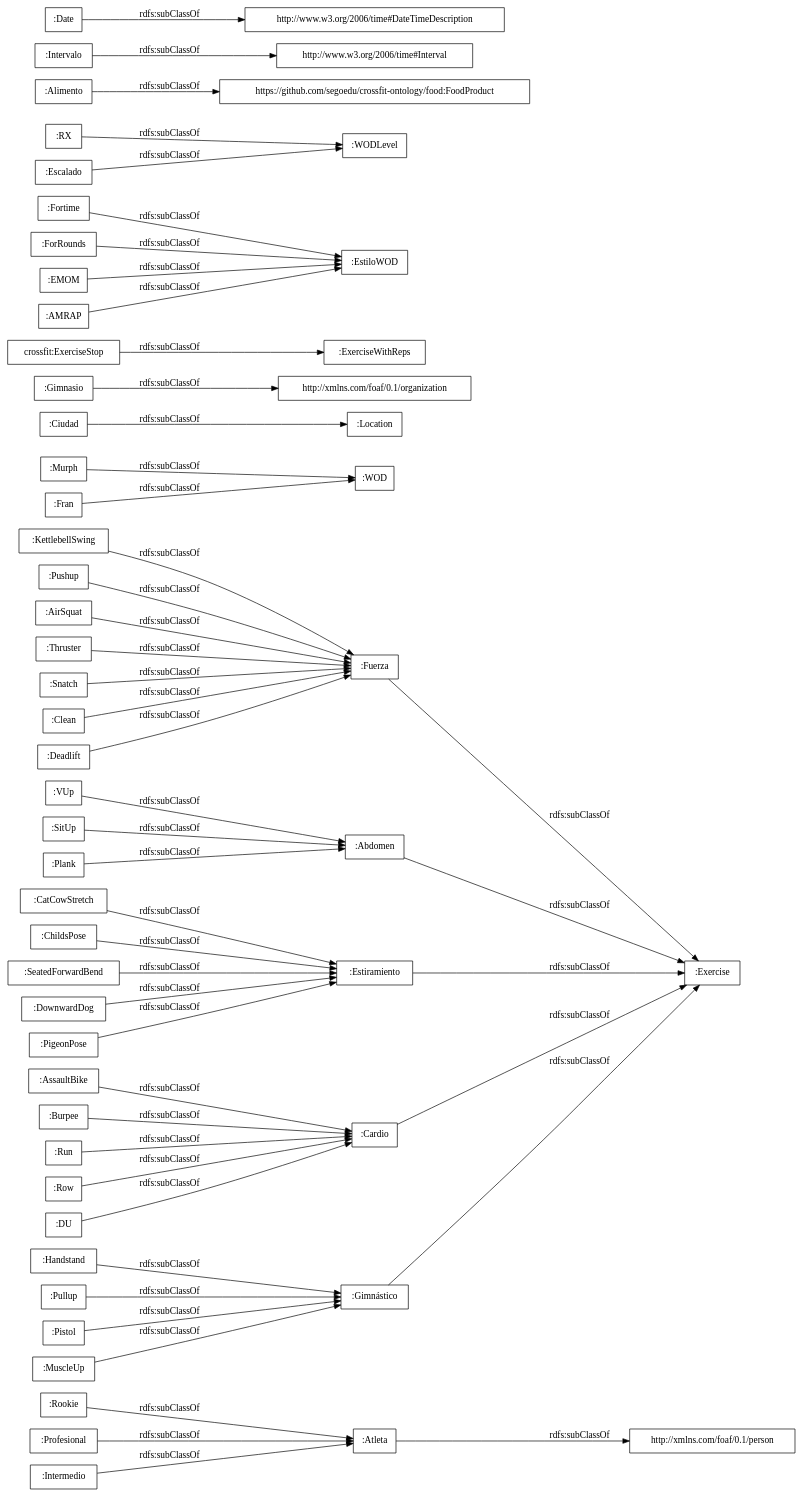
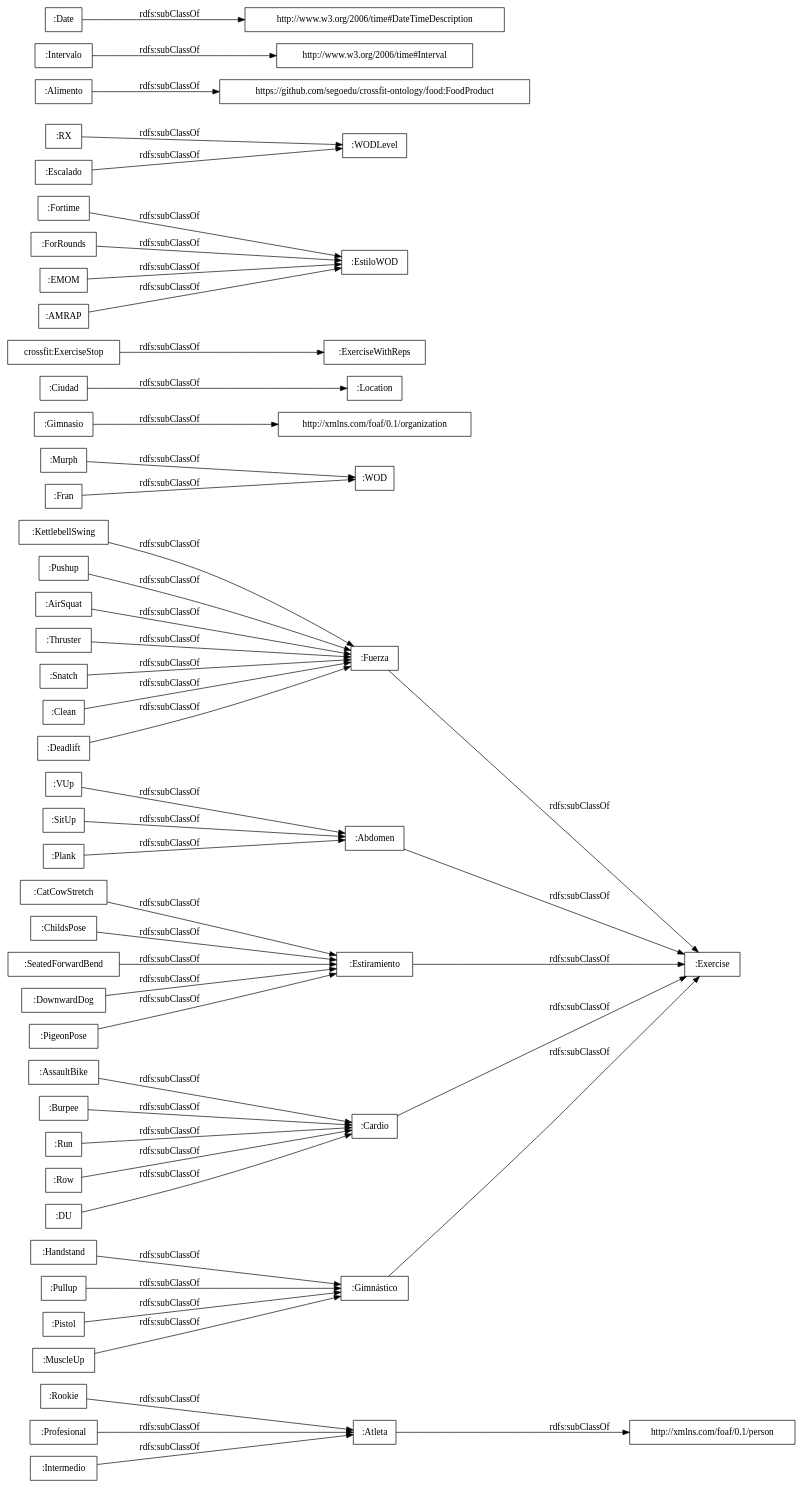
Before and after one commit to Segoedu/crossfit-ontology: the diagram in OnToology/crossfit.ttl/diagrams/ar2dtool-taxonomy/crossfit.ttl.png.dot, drawn with Graphviz. The commit also changed 11 other files, not shown here.

```diff
--- a/OnToology/crossfit.ttl/diagrams/ar2dtool-taxonomy/crossfit.ttl.png.dot
+++ b/OnToology/crossfit.ttl/diagrams/ar2dtool-taxonomy/crossfit.ttl.png.dot
@@ -1,53 +1,53 @@
 digraph ar2dtool_diagram { 
 rankdir=LR;
 size="1000"
-node [shape = rectangle, color="black"]; ":Atleta" ":Handstand" ":Murph" ":Thruster" ":MuscleUp" ":Fuerza" ":Location" ":Gimnasio" "crossfit:ExerciseStop" ":Fortime" ":Snatch" ":Clean" ":ForRounds" ":Deadlift" ":Fran" ":EMOM" ":VUp" "http://xmlns.com/foaf/0.1/organization" ":PigeonPose" ":RX" ":CatCowStretch" ":KettlebellSwing" ":Pushup" ":Abdomen" ":SitUp" ":ChildsPose" ":AMRAP" ":Pullup" ":Ciudad" ":Rookie" ":Estiramiento" ":Cardio" ":DU" "http://xmlns.com/foaf/0.1/person" ":Alimento" ":EstiloWOD" ":Intervalo" ":Escalado" ":SeatedForwardBend" "http://www.w3.org/2006/time#DateTimeDescription" ":AssaultBike" ":Plank" ":Burpee" ":AirSquat" ":Profesional" ":Gimnástico" "http://www.w3.org/2006/time#Interval" ":Run" ":WODLevel" ":Intermedio" ":Date" "https://github.com/segoedu/crossfit-ontology/food:FoodProduct" ":WOD" ":Row" ":Exercise" ":Pistol" ":ExerciseWithReps" ":DownwardDog" ; /*classes style*/
+node [shape = rectangle, color="black"]; ":Atleta" ":Handstand" ":Murph" ":Thruster" ":MuscleUp" ":Gimnasio" ":Fuerza" ":Location" "crossfit:ExerciseStop" ":Fortime" ":Snatch" ":Clean" ":ForRounds" ":Deadlift" ":Fran" ":EMOM" ":VUp" "http://xmlns.com/foaf/0.1/organization" ":PigeonPose" ":RX" ":CatCowStretch" ":KettlebellSwing" ":Pushup" ":Abdomen" ":SitUp" ":ChildsPose" ":AMRAP" ":Pullup" ":Ciudad" ":Rookie" ":Estiramiento" ":Cardio" ":DU" "http://xmlns.com/foaf/0.1/person" ":Alimento" ":EstiloWOD" ":Intervalo" ":Escalado" ":SeatedForwardBend" "http://www.w3.org/2006/time#DateTimeDescription" ":AssaultBike" ":Plank" ":Burpee" ":AirSquat" ":Profesional" ":Gimnástico" "http://www.w3.org/2006/time#Interval" ":Run" ":WODLevel" ":Intermedio" ":Date" "https://github.com/segoedu/crossfit-ontology/food:FoodProduct" ":WOD" ":Row" ":Exercise" ":Pistol" ":ExerciseWithReps" ":DownwardDog" ; /*classes style*/
 	":Murph" -> ":WOD" [ label = "rdfs:subClassOf" ];
 	":Ciudad" -> ":Location" [ label = "rdfs:subClassOf" ];
 	":PigeonPose" -> ":Estiramiento" [ label = "rdfs:subClassOf" ];
 	":DownwardDog" -> ":Estiramiento" [ label = "rdfs:subClassOf" ];
 	":MuscleUp" -> ":Gimnástico" [ label = "rdfs:subClassOf" ];
 	":SitUp" -> ":Abdomen" [ label = "rdfs:subClassOf" ];
 	":Row" -> ":Cardio" [ label = "rdfs:subClassOf" ];
 	":AssaultBike" -> ":Cardio" [ label = "rdfs:subClassOf" ];
 	":Intervalo" -> "http://www.w3.org/2006/time#Interval" [ label = "rdfs:subClassOf" ];
 	":Fran" -> ":WOD" [ label = "rdfs:subClassOf" ];
 	":Deadlift" -> ":Fuerza" [ label = "rdfs:subClassOf" ];
 	":Clean" -> ":Fuerza" [ label = "rdfs:subClassOf" ];
 	":Fortime" -> ":EstiloWOD" [ label = "rdfs:subClassOf" ];
 	":Handstand" -> ":Gimnástico" [ label = "rdfs:subClassOf" ];
 	"crossfit:ExerciseStop" -> ":ExerciseWithReps" [ label = "rdfs:subClassOf" ];
 	":Thruster" -> ":Fuerza" [ label = "rdfs:subClassOf" ];
 	":Estiramiento" -> ":Exercise" [ label = "rdfs:subClassOf" ];
 	":Pullup" -> ":Gimnástico" [ label = "rdfs:subClassOf" ];
 	":Gimnástico" -> ":Exercise" [ label = "rdfs:subClassOf" ];
 	":DU" -> ":Cardio" [ label = "rdfs:subClassOf" ];
 	":EMOM" -> ":EstiloWOD" [ label = "rdfs:subClassOf" ];
 	":AirSquat" -> ":Fuerza" [ label = "rdfs:subClassOf" ];
 	":Gimnasio" -> "http://xmlns.com/foaf/0.1/organization" [ label = "rdfs:subClassOf" ];
 	":Fuerza" -> ":Exercise" [ label = "rdfs:subClassOf" ];
 	":RX" -> ":WODLevel" [ label = "rdfs:subClassOf" ];
 	":CatCowStretch" -> ":Estiramiento" [ label = "rdfs:subClassOf" ];
 	":Atleta" -> "http://xmlns.com/foaf/0.1/person" [ label = "rdfs:subClassOf" ];
 	":AMRAP" -> ":EstiloWOD" [ label = "rdfs:subClassOf" ];
 	":Alimento" -> "https://github.com/segoedu/crossfit-ontology/food:FoodProduct" [ label = "rdfs:subClassOf" ];
 	":Abdomen" -> ":Exercise" [ label = "rdfs:subClassOf" ];
 	":Profesional" -> ":Atleta" [ label = "rdfs:subClassOf" ];
 	":Cardio" -> ":Exercise" [ label = "rdfs:subClassOf" ];
 	":Burpee" -> ":Cardio" [ label = "rdfs:subClassOf" ];
 	":Rookie" -> ":Atleta" [ label = "rdfs:subClassOf" ];
 	":Escalado" -> ":WODLevel" [ label = "rdfs:subClassOf" ];
 	":ForRounds" -> ":EstiloWOD" [ label = "rdfs:subClassOf" ];
 	":ChildsPose" -> ":Estiramiento" [ label = "rdfs:subClassOf" ];
 	":Pushup" -> ":Fuerza" [ label = "rdfs:subClassOf" ];
 	":SeatedForwardBend" -> ":Estiramiento" [ label = "rdfs:subClassOf" ];
 	":Pistol" -> ":Gimnástico" [ label = "rdfs:subClassOf" ];
 	":KettlebellSwing" -> ":Fuerza" [ label = "rdfs:subClassOf" ];
 	":Date" -> "http://www.w3.org/2006/time#DateTimeDescription" [ label = "rdfs:subClassOf" ];
 	":VUp" -> ":Abdomen" [ label = "rdfs:subClassOf" ];
 	":Run" -> ":Cardio" [ label = "rdfs:subClassOf" ];
 	":Snatch" -> ":Fuerza" [ label = "rdfs:subClassOf" ];
 	":Intermedio" -> ":Atleta" [ label = "rdfs:subClassOf" ];
 	":Plank" -> ":Abdomen" [ label = "rdfs:subClassOf" ];
 
 }
```
